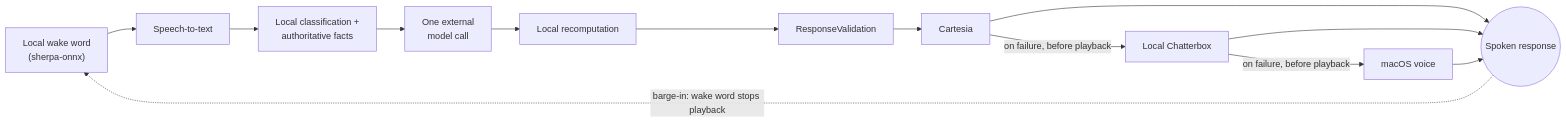
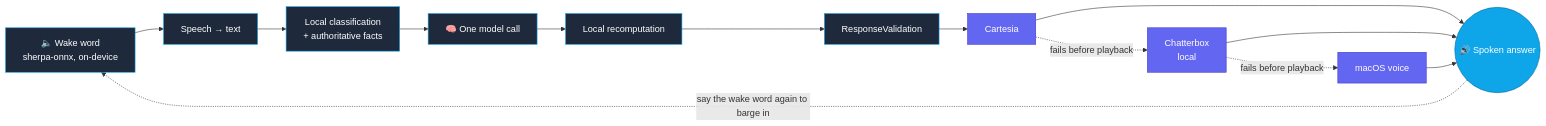
One commit to Sur27codes/FRIDAY changed the second of 2 diagrams in README.md. Above: the diagram before and after it, drawn with Mermaid. The commit also changed other lines of this file, not shown here.

````diff
--- a/README.md
+++ b/README.md
@@ -31,21 +60,29 @@
 ```mermaid
 graph LR
-    Wake["Local wake word<br/>(sherpa-onnx)"]
-    STT["Speech-to-text"]
-    Local["Local classification +<br/>authoritative facts"]
-    Model["One external<br/>model call"]
+    Wake["🔈 Wake word<br/>sherpa-onnx, on-device"]
+    STT["Speech → text"]
+    Local["Local classification<br/>+ authoritative facts"]
+    Model["🧠 One model call"]
     Recompute["Local recomputation"]
     Validate["ResponseValidation"]
     TTS1["Cartesia"]
-    TTS2["Local Chatterbox"]
+    TTS2["Chatterbox<br/>local"]
     TTS3["macOS voice"]
-    Out((Spoken response))
+    Out((🔊 Spoken answer))
 
     Wake --> STT --> Local --> Model --> Recompute --> Validate
-    Validate --> TTS1 -->|on failure, before playback| TTS2
-    TTS2 -->|on failure, before playback| TTS3
+    Validate --> TTS1
+    TTS1 -.->|fails before playback| TTS2
+    TTS2 -.->|fails before playback| TTS3
     TTS1 --> Out
     TTS2 --> Out
     TTS3 --> Out
-    Out -.->|barge-in: wake word stops playback| Wake
+    Out -.->|say the wake word again to barge in| Wake
+
+    classDef stage fill:#1e293b,stroke:#0ea5e9,color:#fff
+    classDef voice fill:#6366f1,stroke:#4338ca,color:#fff
+    classDef io fill:#0ea5e9,stroke:#0369a1,color:#fff
+    class Wake,STT,Local,Model,Recompute,Validate stage
+    class TTS1,TTS2,TTS3 voice
+    class Out io
 ```
````
